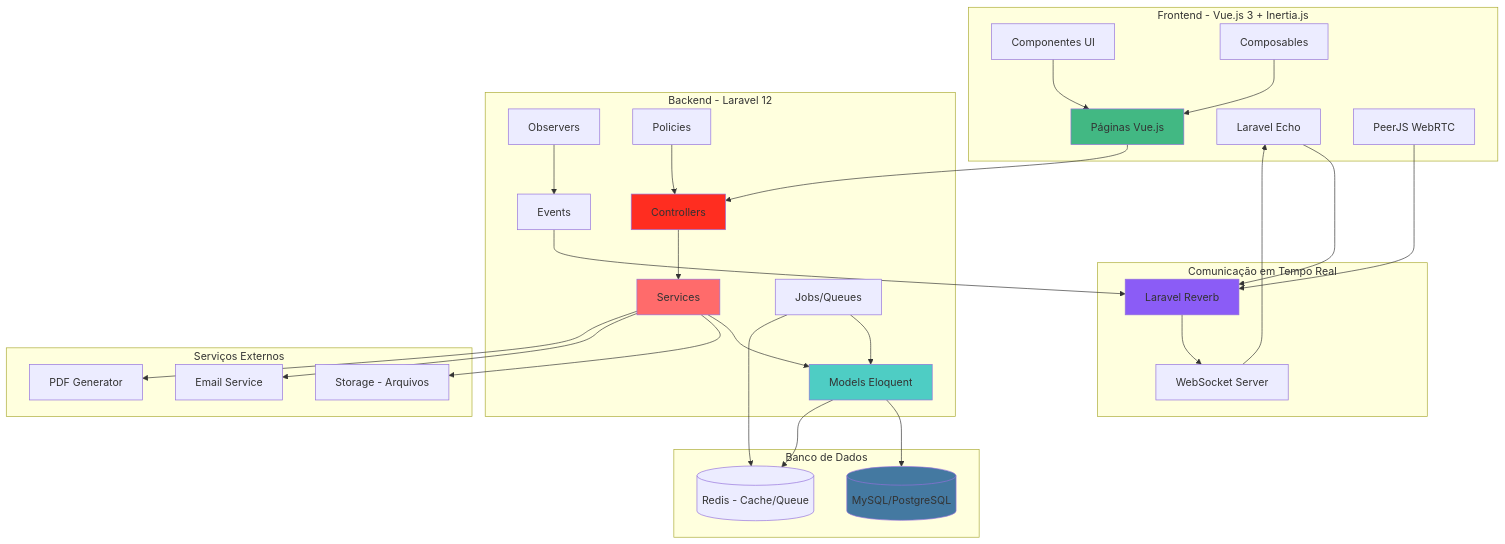
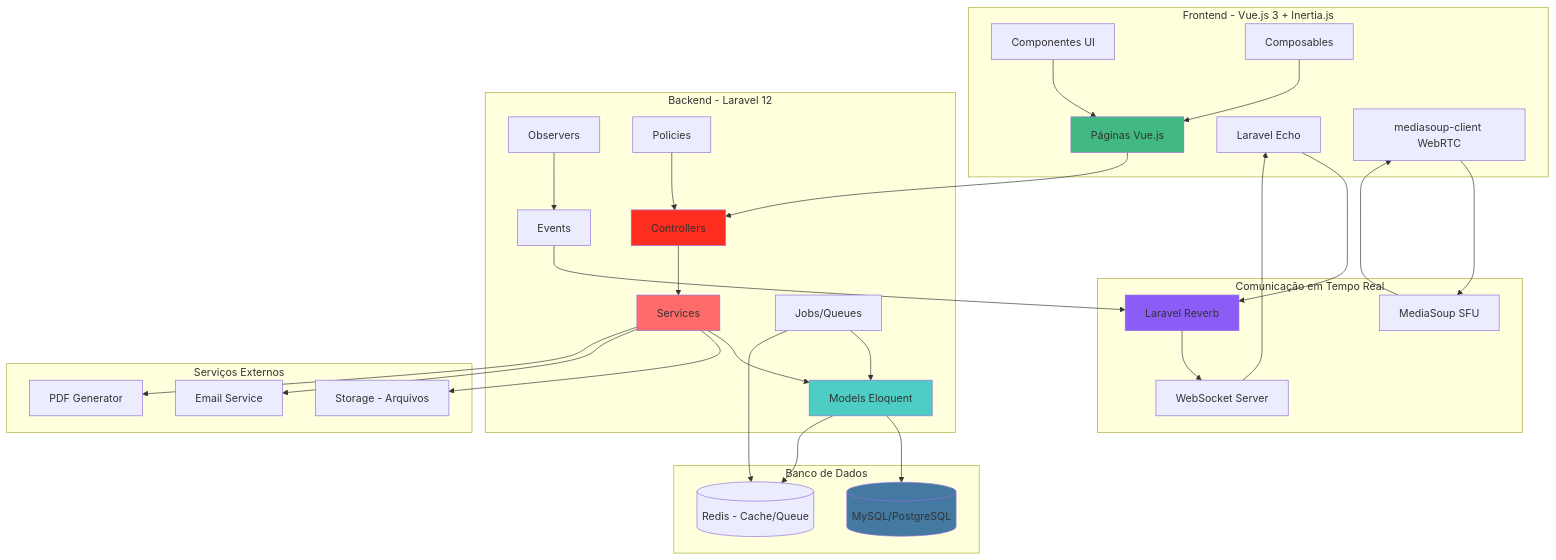
One commit to Audri-Rian/TelemedicinaParaTodos changed the diagram in docs/layers/architecture-governance/diagrams/01_ArquiteturaGeral.md. Above: the diagram before and after it, drawn with Mermaid. The commit also changed other lines of this file and 30 other files, not shown here.

````diff
--- a/docs/layers/architecture-governance/diagrams/01_ArquiteturaGeral.md
+++ b/docs/layers/architecture-governance/diagrams/01_ArquiteturaGeral.md
@@ -7,63 +7,65 @@
 ```mermaid
 graph TB
     subgraph "Frontend - Vue.js 3 + Inertia.js"
         A[Páginas Vue.js]
         B[Componentes UI]
         C[Composables]
         D[Laravel Echo]
-        E[PeerJS WebRTC]
+        E[mediasoup-client WebRTC]
     end
 
     subgraph "Backend - Laravel 12"
         F[Controllers]
         G[Services]
         H[Models Eloquent]
         I[Events]
         J[Observers]
         K[Jobs/Queues]
         L[Policies]
     end
 
     subgraph "Comunicação em Tempo Real"
         M[Laravel Reverb]
         N[WebSocket Server]
+        T[MediaSoup SFU]
     end
 
     subgraph "Banco de Dados"
         O[(MySQL/PostgreSQL)]
         P[(Redis - Cache/Queue)]
     end
 
     subgraph "Serviços Externos"
         Q[Storage - Arquivos]
         R[Email Service]
         S[PDF Generator]
     end
 
     A --> F
     B --> A
     C --> A
     D --> M
-    E --> M
+    E --> T
     F --> G
     G --> H
     H --> O
     I --> M
     J --> I
     K --> H
     L --> F
     M --> N
     N --> D
+    T --> E
     G --> Q
     G --> R
     G --> S
     K --> P
     H --> P
 
     style A fill:#42b883
     style F fill:#ff2d20
     style G fill:#ff6b6b
     style H fill:#4ecdc4
     style M fill:#8b5cf6
     style O fill:#4479a1
 ```
````
